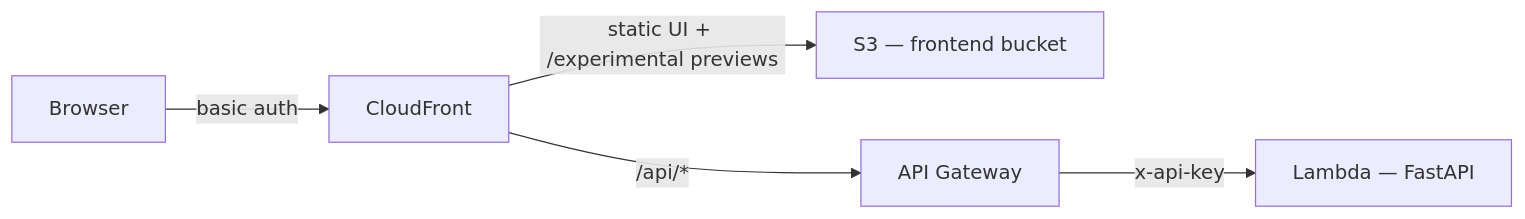
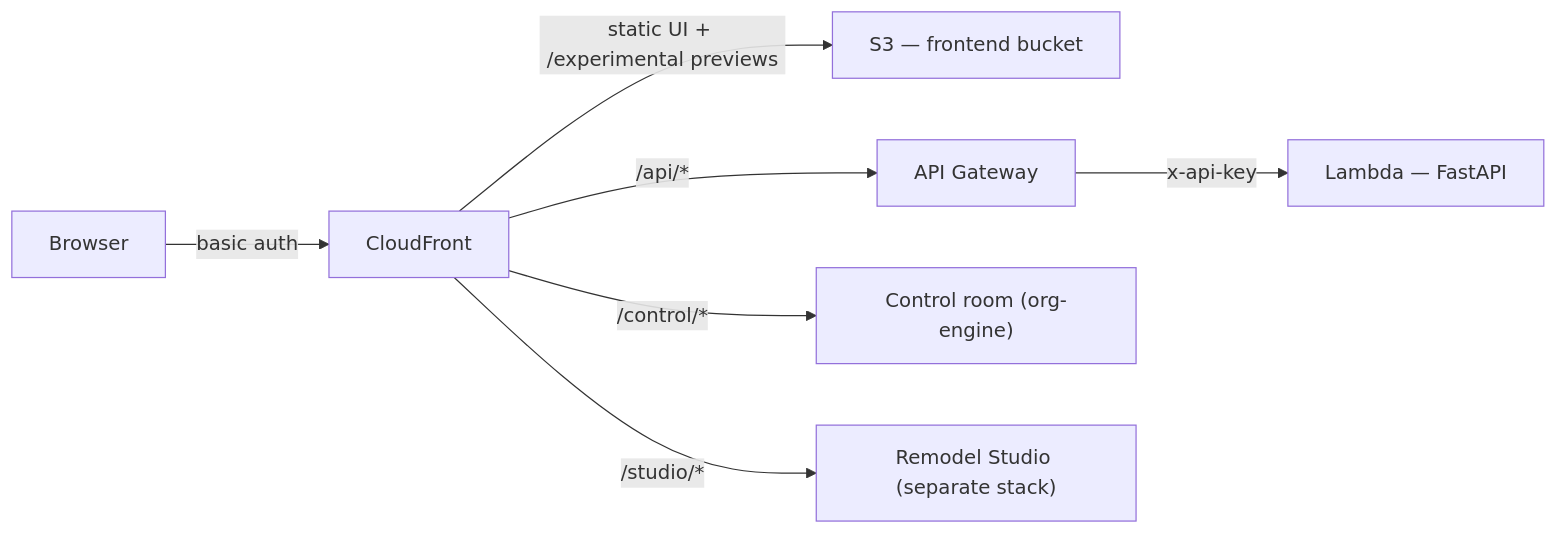
One commit to ejaimez14/llms-txt changed the diagram in README.md. Above: the diagram before and after it, drawn with Mermaid. The commit also changed other lines of this file and 5 other files, not shown here.

First line of the commit message:
Host Remodel Studio under /studio/* on the shared distribution (#95)

````diff
--- a/README.md
+++ b/README.md
@@ -19,7 +19,9 @@
 ```mermaid
 flowchart LR
   Browser -->|"basic auth"| CloudFront
   CloudFront -->|"static UI + /experimental previews"| S3UI["S3 — frontend bucket"]
   CloudFront -->|"/api/*"| APIGateway["API Gateway"]
+  CloudFront -->|"/control/*"| ControlRoom["Control room (org-engine)"]
+  CloudFront -->|"/studio/*"| Remodel["Remodel Studio (separate stack)"]
   APIGateway -->|"x-api-key"| Lambda["Lambda — FastAPI"]
 ```
````
